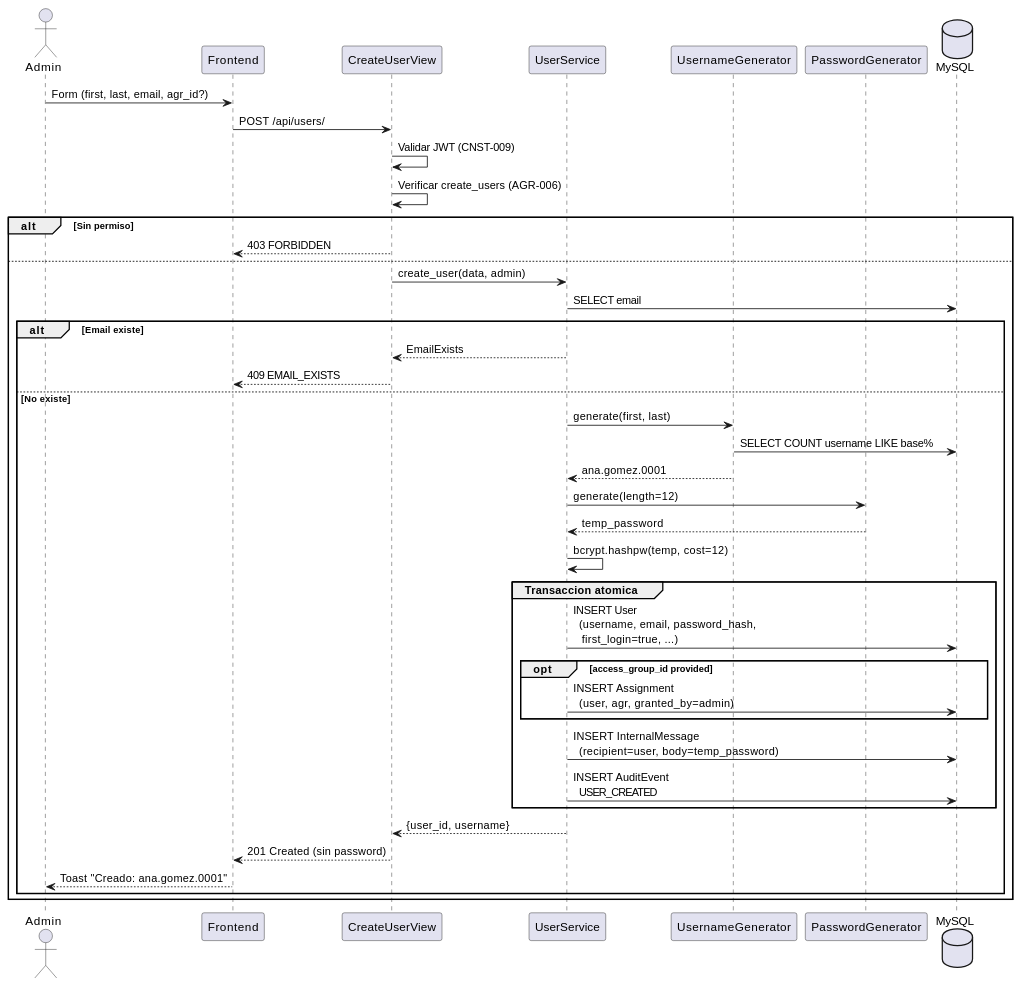
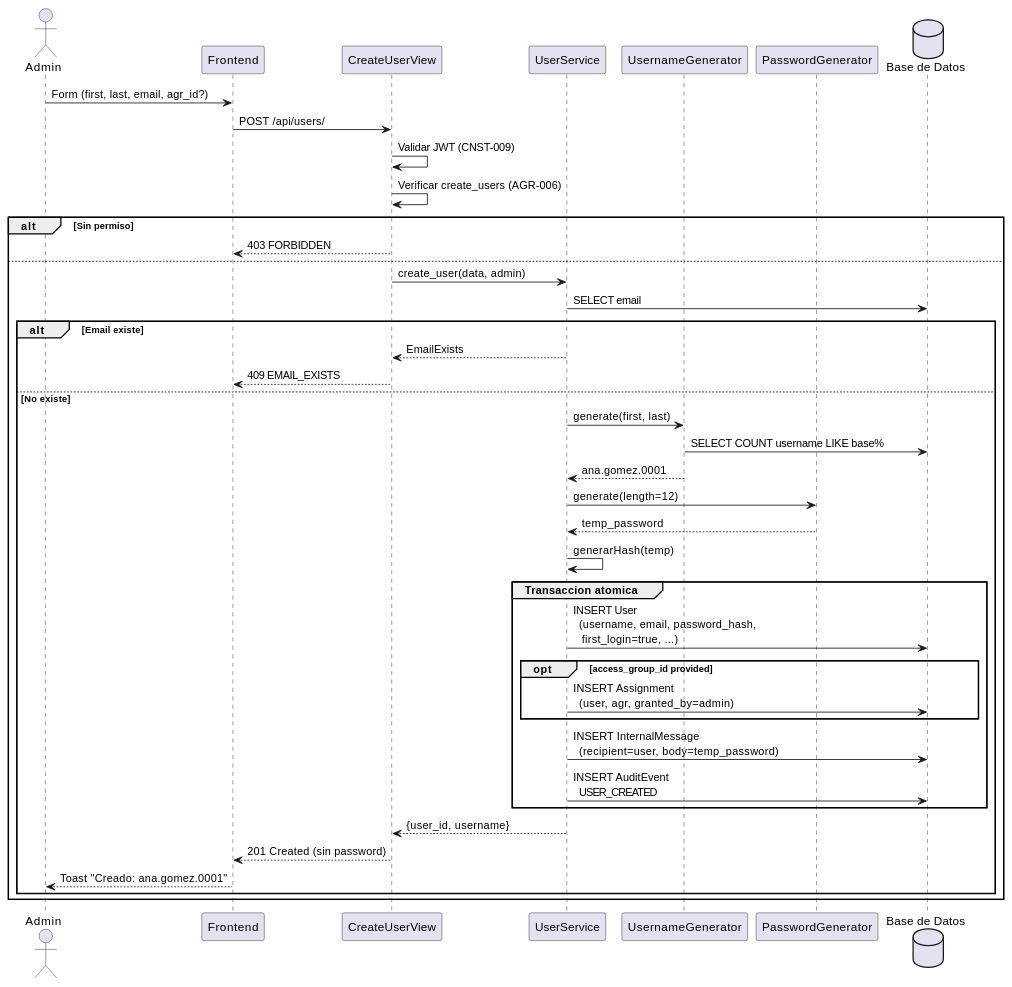
The second of 4 diagrams in source/requisitos/casos-uso/users/uc-usr-01/diagramas-uml.rst (jcg-admin/IACT-docs), drawn with PlantUML before and after one commit. The commit also changed 48 other files, not shown here.

```diff
--- a/source/requisitos/casos-uso/users/uc-usr-01/diagramas-uml.rst
+++ b/source/requisitos/casos-uso/users/uc-usr-01/diagramas-uml.rst
@@ -51,51 +51,51 @@
 .. uml::
  :caption: UC_USR_01 — flujo principal
 
  @startuml
 
  actor Admin as A
  participant "Frontend" as FE
  participant "CreateUserView" as CV
  participant "UserService" as US
  participant "UsernameGenerator" as UG
  participant "PasswordGenerator" as PG
- database "MySQL" as DB
+ database "Base de Datos" as DB
 
  A -> FE: Form (first, last, email, agr_id?)
  FE -> CV: POST /api/users/
 
  CV -> CV: Validar JWT (CNST-009)
  CV -> CV: Verificar create_users (AGR-006)
  alt Sin permiso
    CV --> FE: 403 FORBIDDEN
  else
    CV -> US: create_user(data, admin)
 
    US -> DB: SELECT email
    alt Email existe
      US --> CV: EmailExists
      CV --> FE: 409 EMAIL_EXISTS
    else No existe
      US -> UG: generate(first, last)
      UG -> DB: SELECT COUNT username LIKE base%
      UG --> US: ana.gomez.0001
      US -> PG: generate(length=12)
      PG --> US: temp_password
-     US -> US: bcrypt.hashpw(temp, cost=12)
+     US -> US: generarHash(temp)
 
      group Transaccion atomica
        US -> DB: INSERT User\n  (username, email, password_hash,\n   first_login=true, ...)
        opt access_group_id provided
          US -> DB: INSERT Assignment\n  (user, agr, granted_by=admin)
        end
        US -> DB: INSERT InternalMessage\n  (recipient=user, body=temp_password)
        US -> DB: INSERT AuditEvent\n  USER_CREATED
      end
 
      US --> CV: {user_id, username}
      CV --> FE: 201 Created (sin password)
      FE --> A: Toast "Creado: ana.gomez.0001"
    end
  end
 
  @enduml
```
